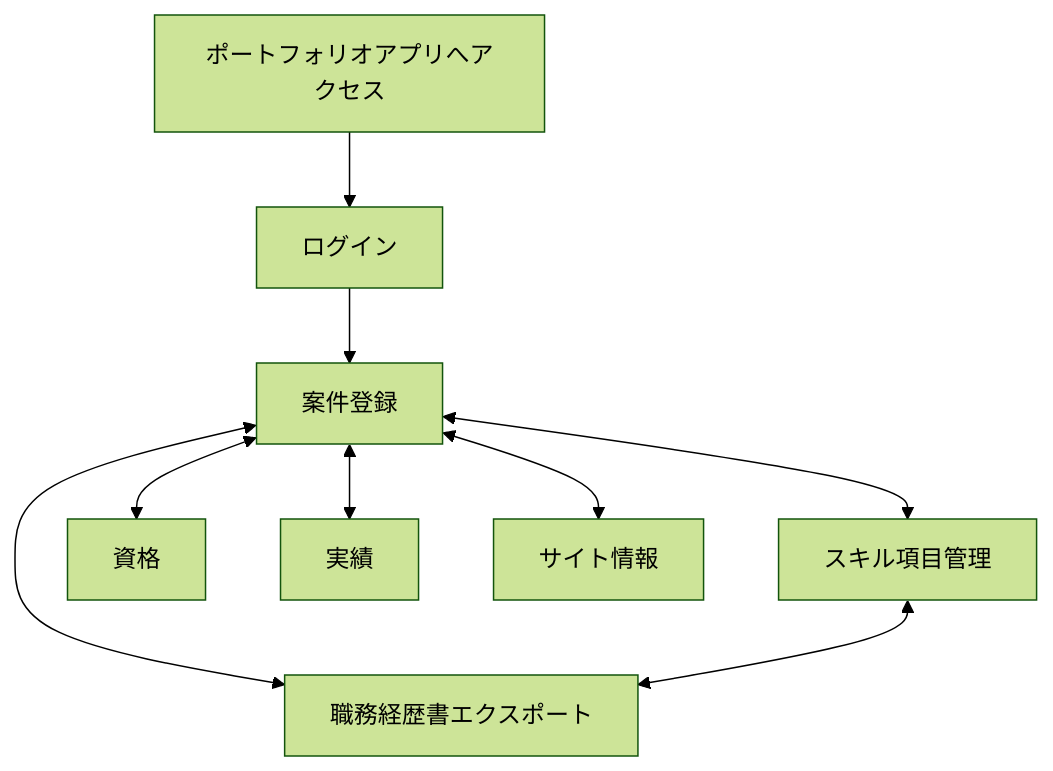
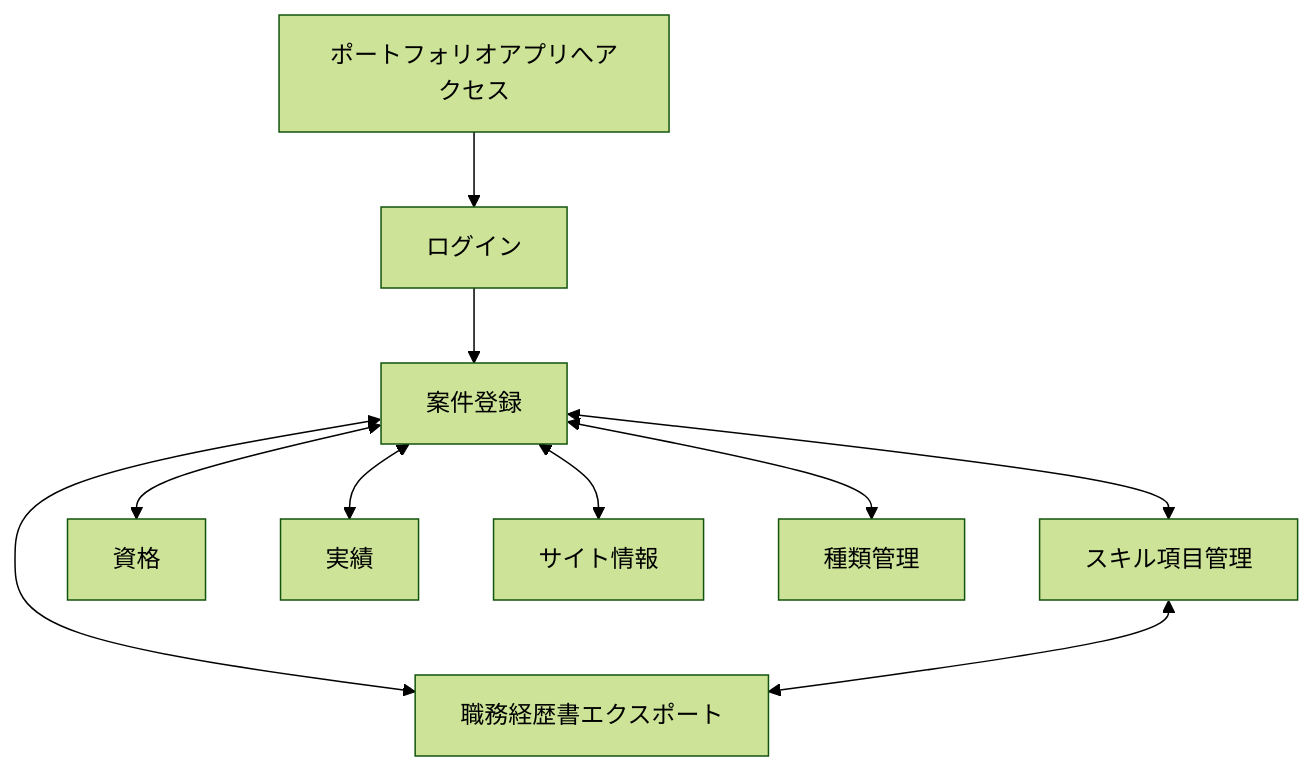
One commit to Seiya-Nakagawa/Portfolio changed the third of 4 diagrams in docs/02.design/DESIGN.md. Above: the diagram before and after it, drawn with Mermaid (forest theme). The commit also changed other lines of this file and 12 other files, not shown here.

````diff
--- a/docs/02.design/DESIGN.md
+++ b/docs/02.design/DESIGN.md
@@ -292,11 +305,12 @@
 ```mermaid
 flowchart TD
     Start["ポートフォリオアプリへアクセス"] --> Login["ログイン"]
     Login --> Project["案件登録"]
     Project <--> Skill["スキル項目管理"]
     Project <--> Cert["資格"]
     Project <--> Work["実績"]
     Project <--> Site["サイト情報"]
     Project <--> Output["職務経歴書エクスポート"]
+    Project <--> Category["種類管理"]
     Skill <--> Output
 ```
````
